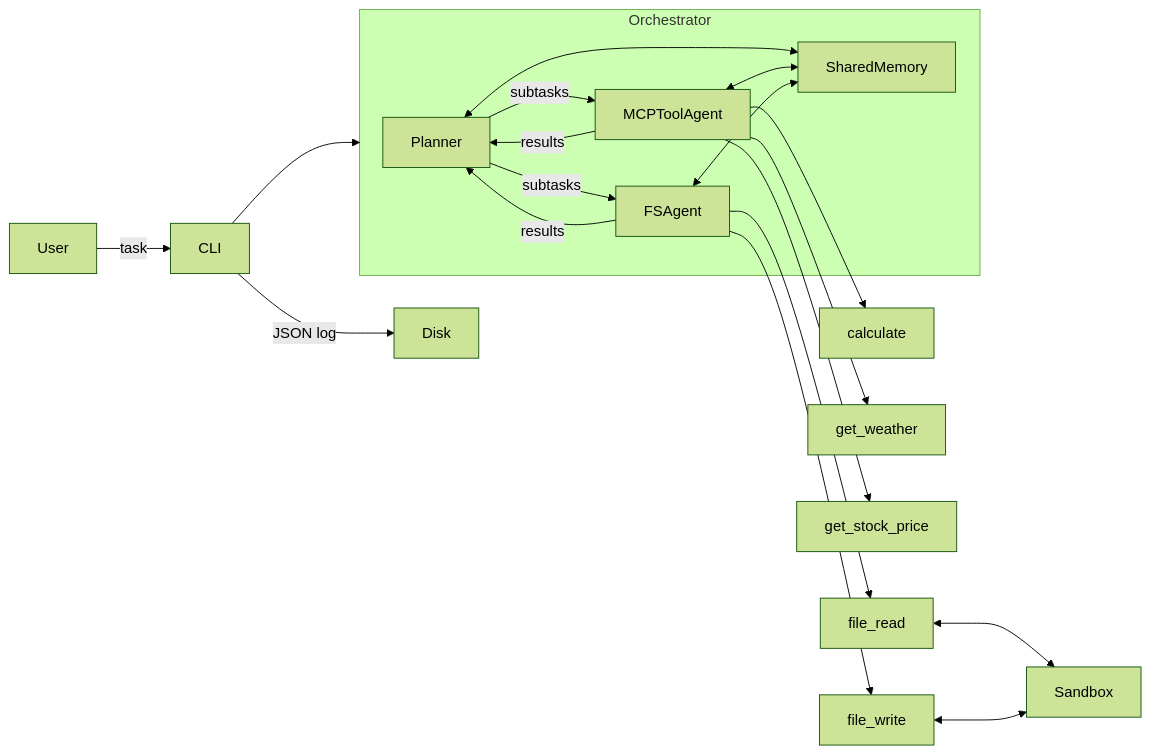
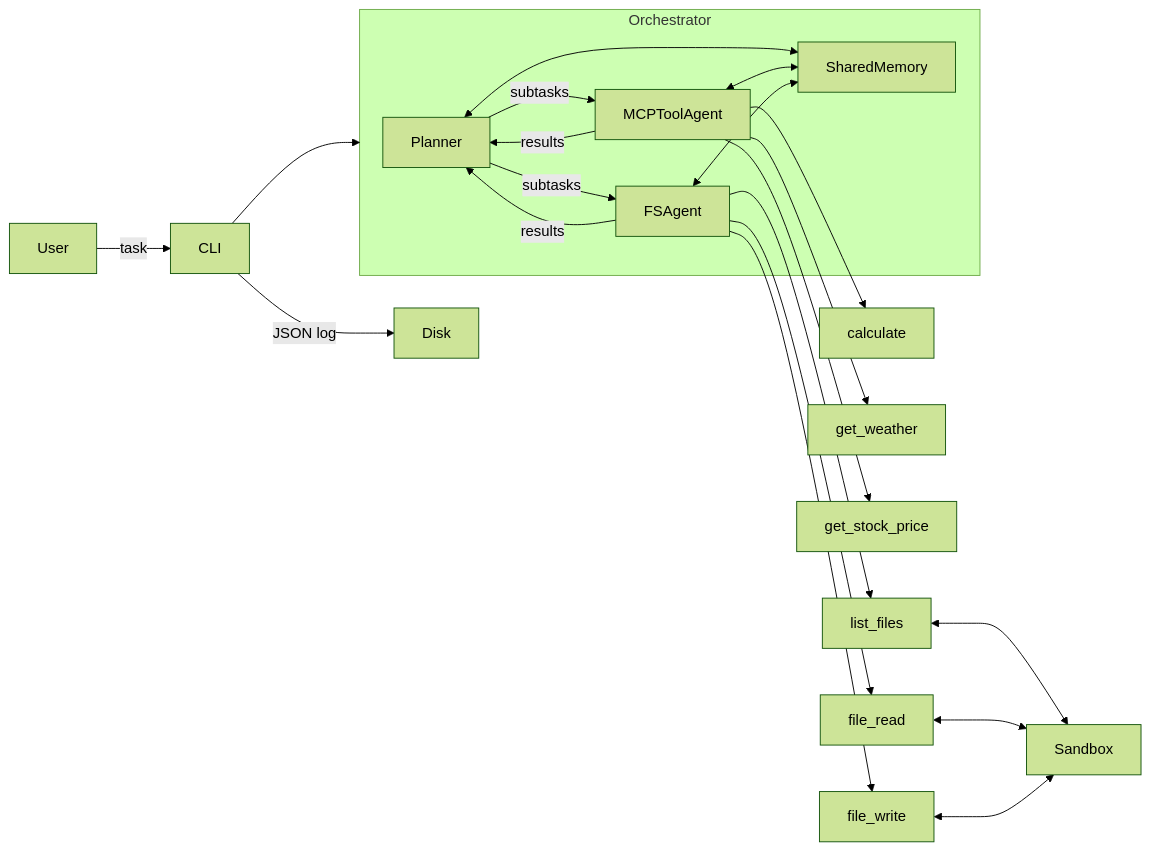
Before and after one commit to dbajnok99/MasterThesis: the diagram in README.md, drawn with Mermaid (forest theme). The commit also changed other lines of this file and 2 other files, not shown here.

````diff
--- a/README.md
+++ b/README.md
@@ -31,26 +31,28 @@
 ```mermaid
 flowchart LR
     User -->|task| CLI
     CLI --> Orchestrator
 
     subgraph Orchestrator
         Planner -->|subtasks| MCPToolAgent
         Planner -->|subtasks| FSAgent
         MCPToolAgent -->|results| Planner
         FSAgent -->|results| Planner
         Planner <--> SharedMemory
         MCPToolAgent <--> SharedMemory
         FSAgent <--> SharedMemory
     end
 
     MCPToolAgent --> calculate
     MCPToolAgent --> get_weather
     MCPToolAgent --> get_stock_price
 
+    FSAgent --> list_files
     FSAgent --> file_read
     FSAgent --> file_write
+    list_files <--> Sandbox
     file_read <--> Sandbox
     file_write <--> Sandbox
 
     CLI -->|JSON log| Disk
 ```
````
